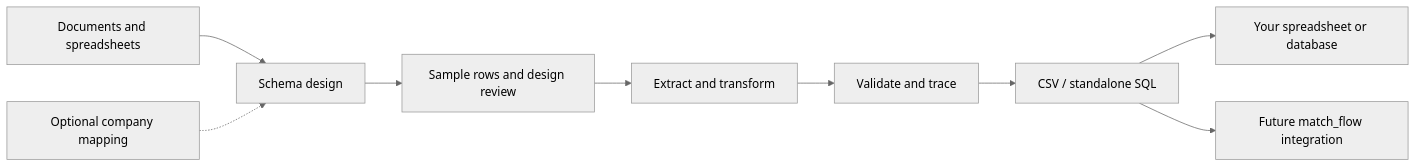
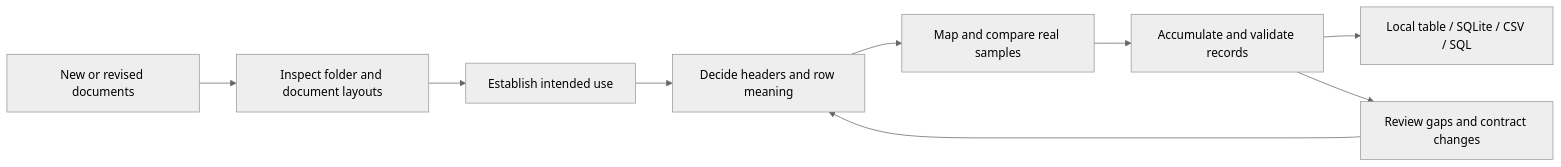
The first of 2 diagrams in README.md (NextSpace2025/axis_migration), drawn with Mermaid (neutral theme) before and after one commit. The commit also changed other lines of this file and 16 other files, not shown here.

````diff
--- a/README.md
+++ b/README.md
@@ -23,11 +31,11 @@
 ```mermaid
 flowchart LR
-    A[Documents and spreadsheets] --> B[Schema design]
-    C[Optional company mapping] -.-> B
-    B --> D[Sample rows and design review]
-    D --> E[Extract and transform]
-    E --> F[Validate and trace]
-    F --> G[CSV / standalone SQL]
-    G --> H[Your spreadsheet or database]
-    G --> I[Future match_flow integration]
+    A[Inspect folder and document layouts] --> B[Establish intended use]
+    B --> C[Decide headers and row meaning]
+    C --> D[Map and compare real samples]
+    D --> E[Accumulate and validate records]
+    E --> F[Local table / SQLite / CSV / SQL]
+    G[New or revised documents] --> A
+    E --> H[Review gaps and contract changes]
+    H --> C
 ```
````
